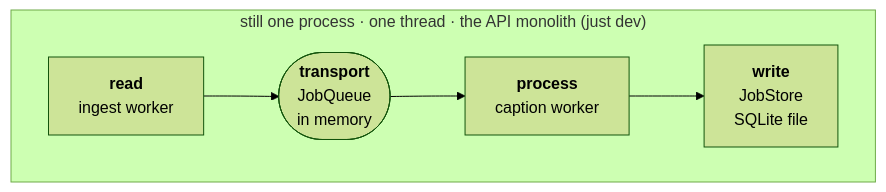
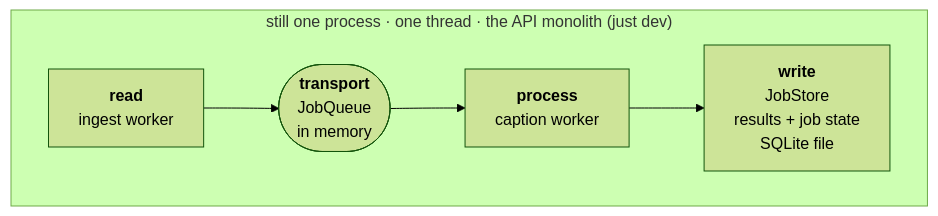
Before and after one commit to shoham-b/backseat-driver: the second of 4 diagrams in docs/ladder.md, drawn with Mermaid (forest theme). The commit also changed other lines of this file and 10 other files, not shown here.

First line of the commit message:
docs: describe the job store as the incremental write plus the job record

````diff
--- a/docs/ladder.md
+++ b/docs/ladder.md
@@ -35,7 +35,7 @@
 ```mermaid
 flowchart LR
     subgraph proc["still one process · one thread · the API monolith (just dev)"]
         direction LR
-        R["<b>read</b><br/>ingest worker"] --> Q(["<b>transport</b><br/>JobQueue<br/>in memory"]) --> P["<b>process</b><br/>caption worker"] --> W["<b>write</b><br/>JobStore<br/>SQLite file"]
+        R["<b>read</b><br/>ingest worker"] --> Q(["<b>transport</b><br/>JobQueue<br/>in memory"]) --> P["<b>process</b><br/>caption worker"] --> W["<b>write</b><br/>JobStore<br/>results + job state<br/>SQLite file"]
     end
 ```
````
